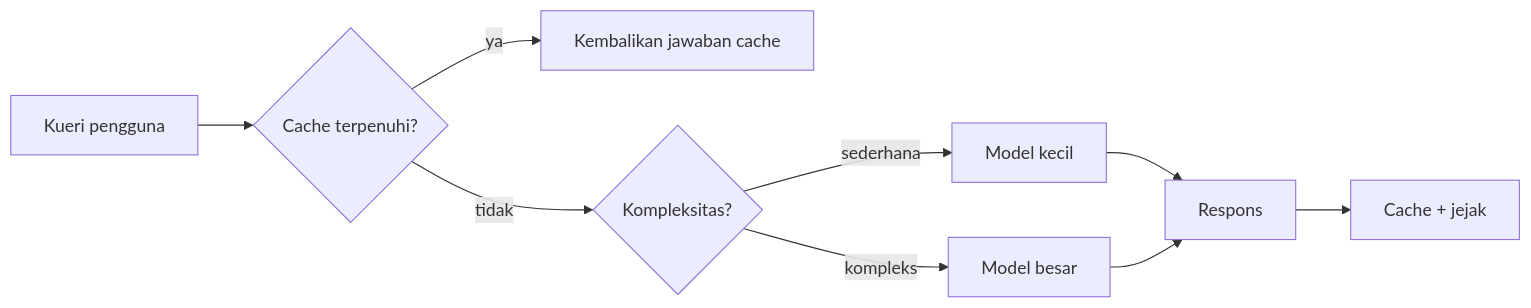
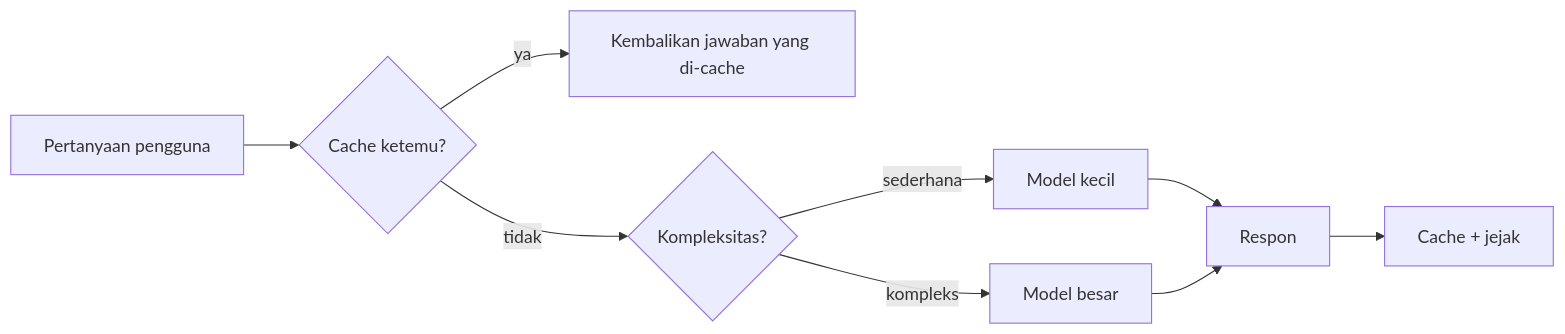
The third of 4 diagrams in mirrors/repos/microsoft@ai-agents-for-beginners/translations/id/16-deploying-scalable-agents/README.md (gabrielmoreira/agent-skills-mirror), drawn with Mermaid before and after one commit. The commit also changed other lines of this file and 3581 other files, not shown here.

````diff
--- a/mirrors/repos/microsoft@ai-agents-for-beginners/translations/id/16-deploying-scalable-agents/README.md
+++ b/mirrors/repos/microsoft@ai-agents-for-beginners/translations/id/16-deploying-scalable-agents/README.md
@@ -134,11 +134,11 @@
 ```mermaid
 flowchart LR
-    Q[Kueri pengguna] --> C{Cache terpenuhi?}
-    C -->|ya| R[Kembalikan jawaban cache]
+    Q[Pertanyaan pengguna] --> C{Cache ketemu?}
+    C -->|ya| R[Kembalikan jawaban yang di-cache]
     C -->|tidak| Router{Kompleksitas?}
     Router -->|sederhana| SLM[Model kecil]
     Router -->|kompleks| LLM[Model besar]
-    SLM --> Out[Respons]
+    SLM --> Out[Respon]
     LLM --> Out
     Out --> Store[Cache + jejak]
 ```
````
